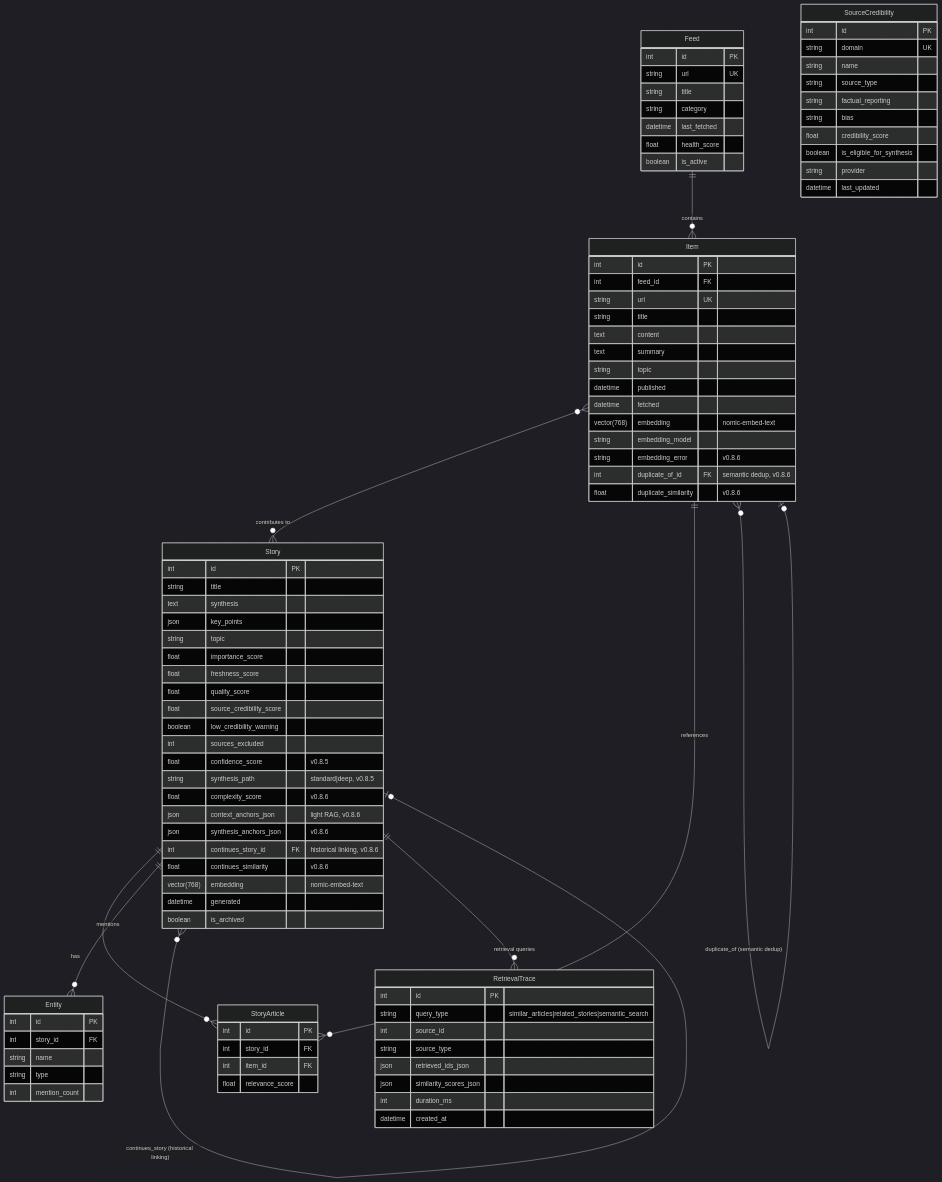
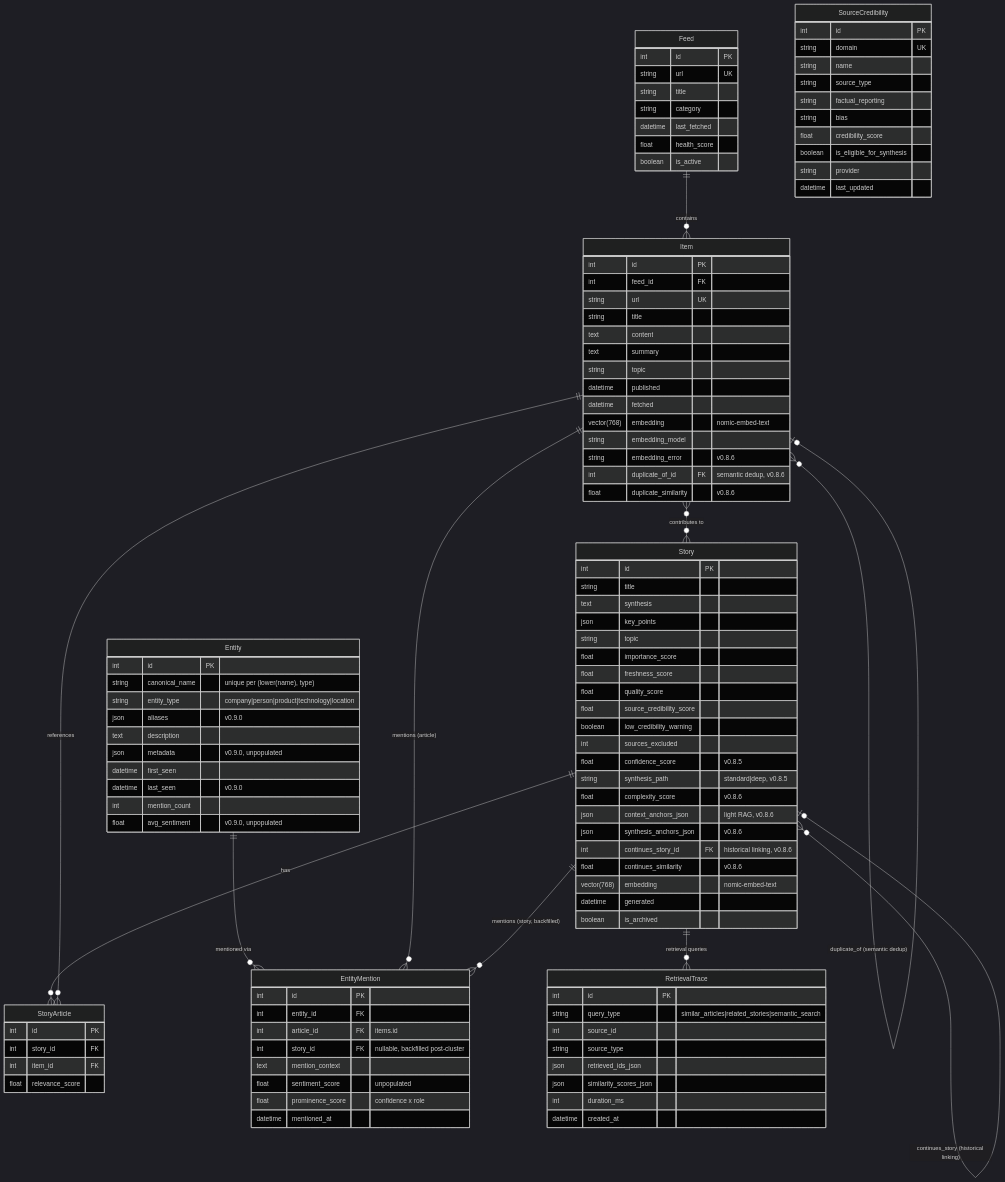
Before and after one commit to Deim0s13/newsbrief: the fifth of 10 diagrams in docs/ARCHITECTURE.md, drawn with Mermaid (dark theme). The commit also changed other lines of this file and 28 other files, not shown here.

```diff
--- a/docs/ARCHITECTURE.md
+++ b/docs/ARCHITECTURE.md
@@ -644,7 +656,9 @@
     Item }o--o{ Story : "contributes to"
     Story ||--o{ StoryArticle : has
     Item ||--o{ StoryArticle : references
-    Story ||--o{ Entity : mentions
+    Entity ||--o{ EntityMention : "mentioned via"
+    Item ||--o{ EntityMention : "mentions (article)"
+    Story ||--o{ EntityMention : "mentions (story, backfilled)"
     Item }o--o| Item : "duplicate_of (semantic dedup)"
     Story }o--o| Story : "continues_story (historical linking)"
     Story ||--o{ RetrievalTrace : "retrieval queries"
@@ -709,10 +723,26 @@
 
     Entity {
         int id PK
-        int story_id FK
-        string name
-        string type
+        string canonical_name "unique per (lower(name), type)"
+        string entity_type "company|person|product|technology|location"
+        json aliases "v0.9.0"
+        text description
+        json metadata "v0.9.0, unpopulated"
+        datetime first_seen
+        datetime last_seen "v0.9.0"
         int mention_count
+        float avg_sentiment "v0.9.0, unpopulated"
+    }
+
+    EntityMention {
+        int id PK
+        int entity_id FK
+        int article_id FK "items.id"
+        int story_id FK "nullable, backfilled post-cluster"
+        text mention_context
+        float sentiment_score "unpopulated"
+        float prominence_score "confidence x role"
+        datetime mentioned_at
     }
 
     SourceCredibility {
```
